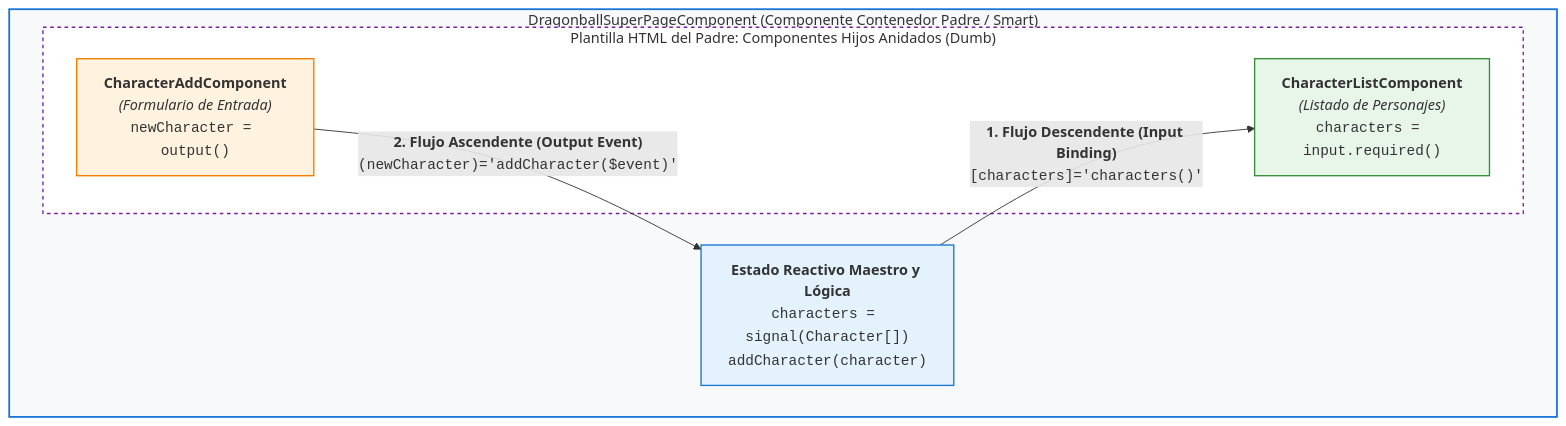
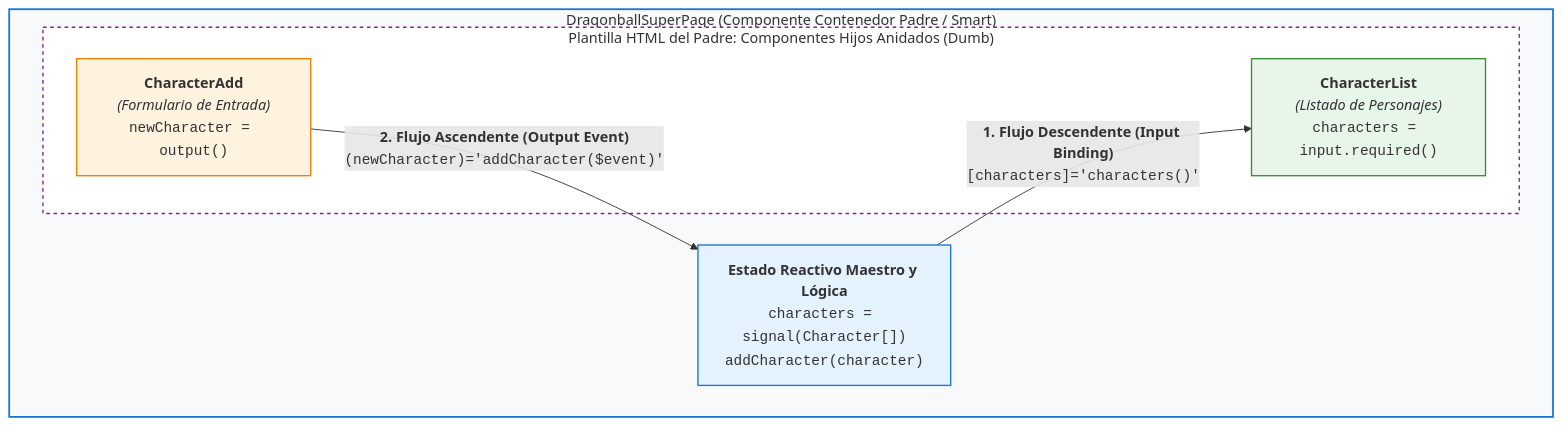
Before and after one commit to Jose-Quesada/materiales_angular: the second of 6 diagrams in docs/05-expandir-bases.md, drawn with Mermaid. The commit also changed other lines of this file and 37 other files, not shown here.

````diff
--- a/docs/05-expandir-bases.md
+++ b/docs/05-expandir-bases.md
@@ -878,21 +878,21 @@
 ```mermaid
 flowchart TD
-    subgraph Padre ["DragonballSuperPageComponent (Componente Contenedor Padre / Smart)"]
+    subgraph Padre ["DragonballSuperPage (Componente Contenedor Padre / Smart)"]
         Estado["<b>Estado Reactivo Maestro y Lógica</b><br/><code>characters = signal(Character[])</code><br/><code>addCharacter(character)</code>"]
 
         subgraph Plantilla ["Plantilla HTML del Padre: Componentes Hijos Anidados (Dumb)"]
-            Add["<b>CharacterAddComponent</b><br/><i>(Formulario de Entrada)</i><br/><code>newCharacter = output()</code>"]
-            Lista["<b>CharacterListComponent</b><br/><i>(Listado de Personajes)</i><br/><code>characters = input.required()</code>"]
+            Add["<b>CharacterAdd</b><br/><i>(Formulario de Entrada)</i><br/><code>newCharacter = output()</code>"]
+            Lista["<b>CharacterList</b><br/><i>(Listado de Personajes)</i><br/><code>characters = input.required()</code>"]
             Add ~~~ Lista
         end
 
         Add -->|"<b>2. Flujo Ascendente (Output Event)</b><br/><code>(newCharacter)='addCharacter($event)'</code>"| Estado
         Estado -->|"<b>1. Flujo Descendente (Input Binding)</b><br/><code>[characters]='characters()'</code>"| Lista
     end
 
     style Padre fill:#f8f9fa,stroke:#1976d2,stroke-width:2px
     style Estado fill:#e3f2fd,stroke:#1976d2,stroke-width:1.5px
     style Plantilla fill:#ffffff,stroke:#7b1fa2,stroke-width:1.5px,stroke-dasharray: 4 4
     style Add fill:#fff3e0,stroke:#f57c00,stroke-width:1.5px
     style Lista fill:#e8f5e9,stroke:#388e3c,stroke-width:1.5px
 ```
````
